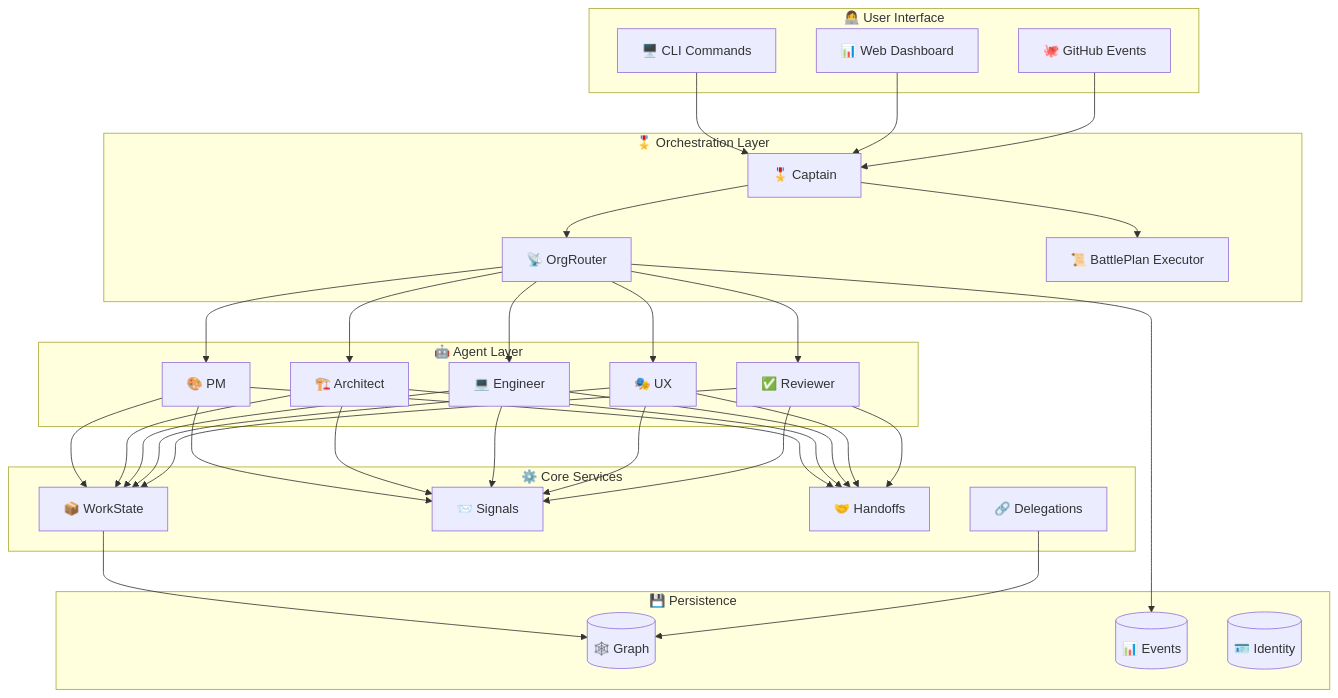
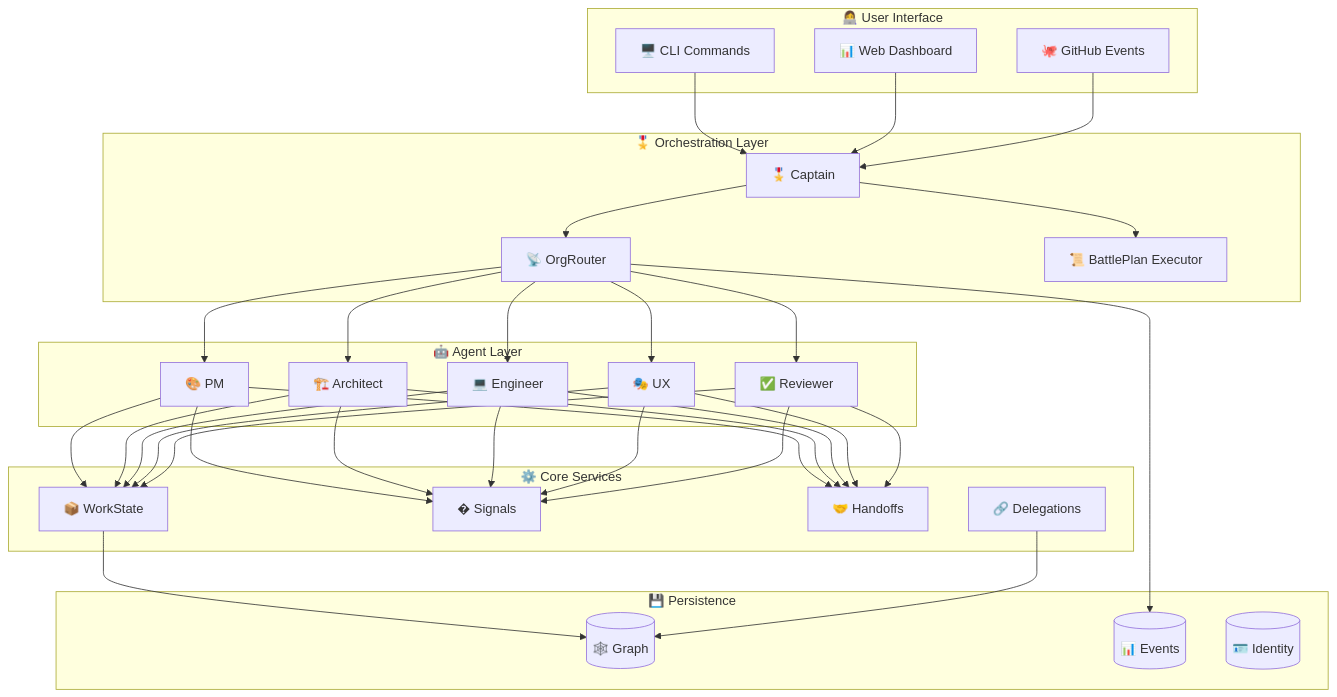
The seventh of 7 diagrams in README.md (jnPiyush/AI-Squad), drawn with Mermaid before and after one commit. The commit also changed other lines of this file, not shown here.

````diff
--- a/README.md
+++ b/README.md
@@ -530,43 +530,43 @@
 ```mermaid
 graph TB
     subgraph "👩‍💻 User Interface"
         CLI["🖥️ CLI Commands"]
         Dashboard["📊 Web Dashboard"]
         GH["🐙 GitHub Events"]
     end
     
     subgraph "🎖️ Orchestration Layer"
         Captain["🎖️ Captain"]
         Router["📡 OrgRouter"]
         BPE["📜 BattlePlan Executor"]
     end
     
     subgraph "🤖 Agent Layer"
         PM["🎨 PM"]
         Arch["🏗️ Architect"]
         Eng["💻 Engineer"]
         UX["🎭 UX"]
         Rev["✅ Reviewer"]
     end
     
     subgraph "⚙️ Core Services"
         WS["📦 WorkState"]
-        Signal["📨 Signals"]
+        Signal["� Signals"]
         Handoff["🤝 Handoffs"]
         Del["🔗 Delegations"]
     end
     
     subgraph "💾 Persistence"
         Graph[("🕸️ Graph")]
         Events[("📊 Events")]
         Identity[("🪪 Identity")]
     end
     
     CLI & Dashboard & GH --> Captain
     Captain --> Router --> PM & Arch & Eng & UX & Rev
     Captain --> BPE
     PM & Arch & Eng & UX & Rev --> WS & Signal & Handoff
     WS --> Graph
     Del --> Graph
     Router --> Events
 ```
````
